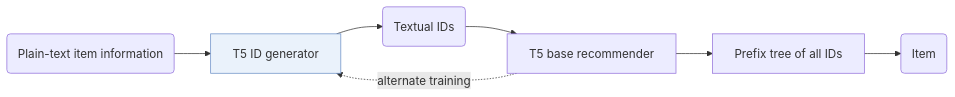
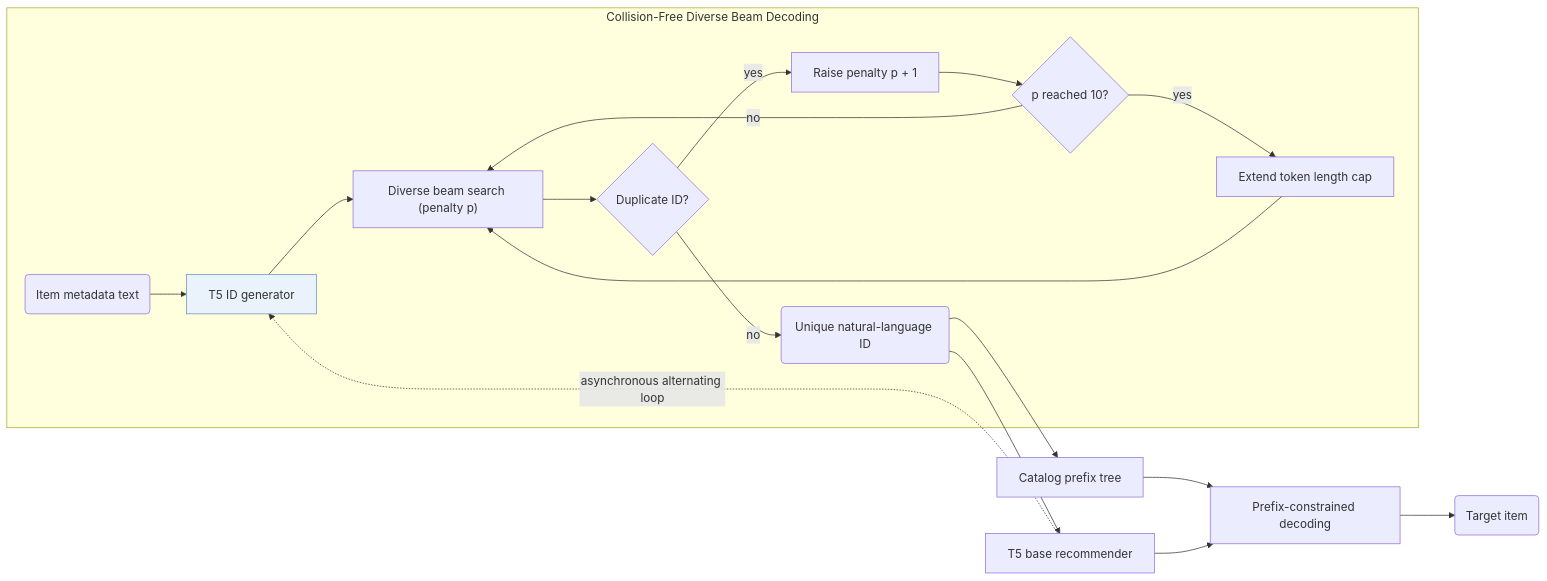
Before and after one commit to Galaxy-ghost/Awesome-SID-Generative-Rec: the diagram in notes/idgenrec.md, drawn with Mermaid. The commit also changed other lines of this file and 649 other files, not shown here.

Commit message:
writer-05: also tags and modality index (schema, check, build, visuals); summary field removed; calibration data for 12 papers

````diff
--- a/notes/idgenrec.md
+++ b/notes/idgenrec.md
@@ -13,10 +14,19 @@
 ```mermaid
 flowchart LR
-    A("Plain-text item information") --> B["T5 ID generator"]:::key
-    B --> C("Textual IDs")
-    C --> D["T5 base recommender"]
-    D --> E["Prefix tree of all IDs"]
-    E --> F("Item")
-    D -.->|alternate training| B
+    subgraph Uniq["Collision-Free Diverse Beam Decoding"]
+        A("Item metadata text") --> IG["T5 ID generator"]:::key
+        IG --> DB["Diverse beam search (penalty p)"]
+        DB --> Dup{"Duplicate ID?"}
+        Dup -->|no| UID("Unique natural-language ID")
+        Dup -->|yes| Pen["Raise penalty p + 1"]
+        Pen --> Lim{"p reached 10?"}
+        Lim -->|no| DB
+        Lim -->|yes| Ext["Extend token length cap"] --> DB
+    end
+    UID --> Trie["Catalog prefix tree"]
+    UID --> Rec["T5 base recommender"]
+    Trie --> CDec["Prefix-constrained decoding"]
+    Rec --> CDec --> Out("Target item")
+    Rec -.->|asynchronous alternating loop| IG
     classDef key fill:#eaf2fb,stroke:#6b8fc7
 ```
````
